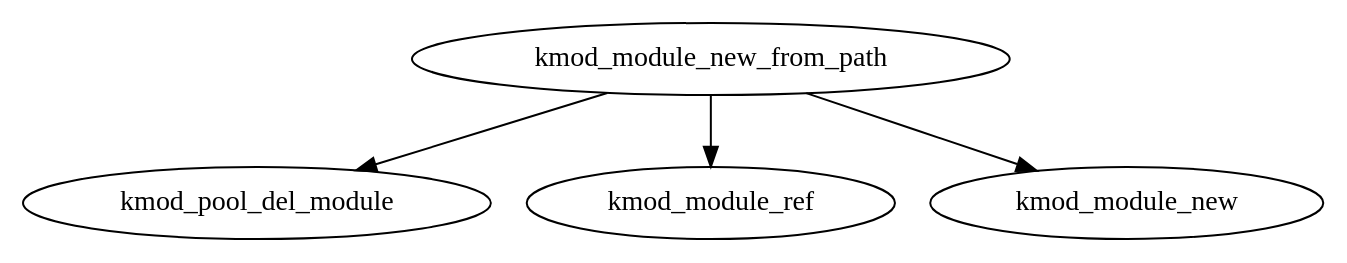
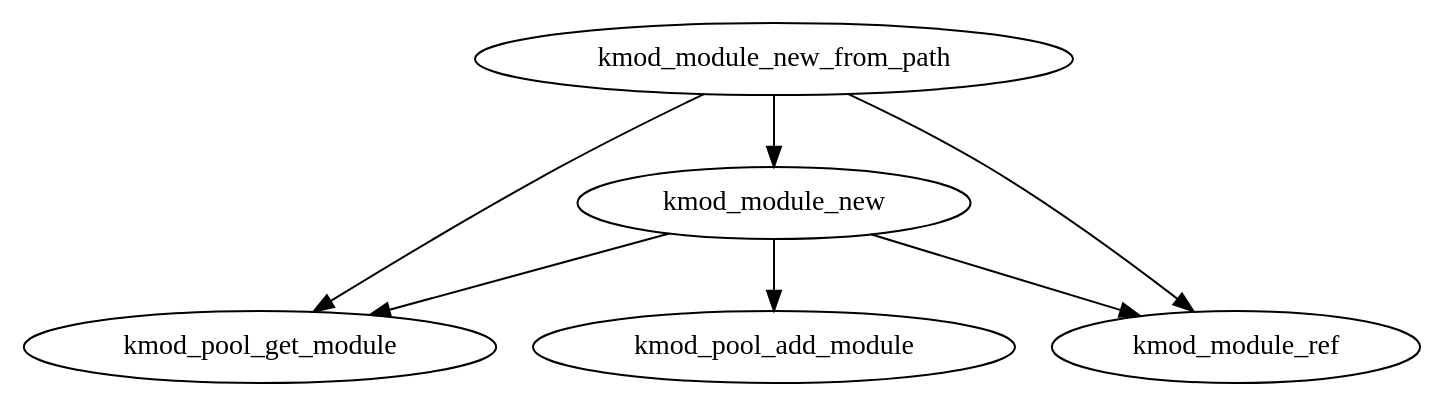
The diagram in pdf/figures/kmod_module_new_from_path.dot (limingth/comment-subs), drawn with Graphviz before and after one commit. The commit also changed 37 other files, not shown here.

```diff
--- a/pdf/figures/kmod_module_new_from_path.dot
+++ b/pdf/figures/kmod_module_new_from_path.dot
@@ -1,5 +1,9 @@
 digraph G {
-	kmod_module_new_from_path -> kmod_pool_del_module;
+	kmod_module_new_from_path -> kmod_pool_get_module;
 	kmod_module_new_from_path -> kmod_module_ref;
 	kmod_module_new_from_path -> kmod_module_new;
+
+	kmod_module_new -> kmod_pool_get_module;
+	kmod_module_new -> kmod_pool_add_module;
+	kmod_module_new -> kmod_module_ref;
 }
```
